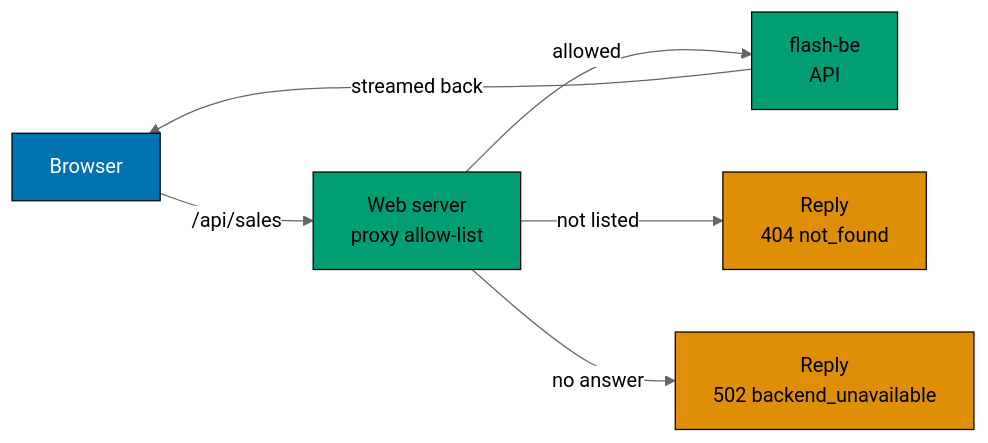
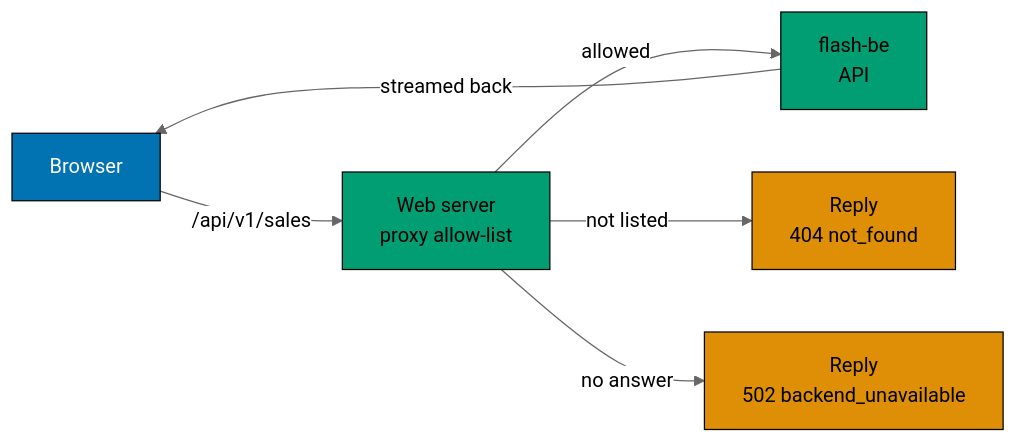
The diagram in docs/explanation/web-server-proxy.md (wahidyankf/coding-itv-js-flashsale), drawn with Mermaid (neutral theme) before and after one commit. The commit also changed other lines of this file and 111 other files, not shown here.

First line of the commit message:
feat: serve the API under /api/v1 with one path table in flash-commons

````diff
--- a/docs/explanation/web-server-proxy.md
+++ b/docs/explanation/web-server-proxy.md
@@ -18,22 +20,22 @@
 ```mermaid
 flowchart LR
   accTitle: A browser request through the web server
-  accDescr: The browser calls the web server under /api/sales. The proxy checks the method and path against its allow-list. A request that is not on the list gets 404 not_found from the proxy. An allowed request is passed to flash-be with only the needed headers, and the answer is streamed back. If flash-be cannot be reached, the proxy answers 502 backend_unavailable.
+  accDescr: The browser calls the web server under /api/v1/sales. The proxy checks the method and path against its allow-list. A request that is not on the list gets 404 not_found from the proxy. An allowed request is passed to flash-be with only the needed headers, and the answer is streamed back. If flash-be cannot be reached, the proxy answers 502 backend_unavailable.
   browser["Browser"]
   proxy["Web server<br/>proxy allow-list"]
   api["flash-be<br/>API"]
   refused["Reply<br/>404 not_found"]
   down["Reply<br/>502 backend_unavailable"]
-  browser -->|/api/sales| proxy
+  browser -->|/api/v1/sales| proxy
   proxy -->|allowed| api
   api -->|streamed back| browser
   proxy -->|not listed| refused
   proxy -->|no answer| down
   classDef edge fill:#0173B2,stroke:#000000,color:#FFFFFF
   classDef app fill:#029E73,stroke:#000000,color:#000000
   classDef refusal fill:#DE8F05,stroke:#000000,color:#000000
   classDef default fill:#808080,stroke:#000000,color:#000000
   class browser edge
   class proxy,api app
   class refused,down refusal
 ```
````
